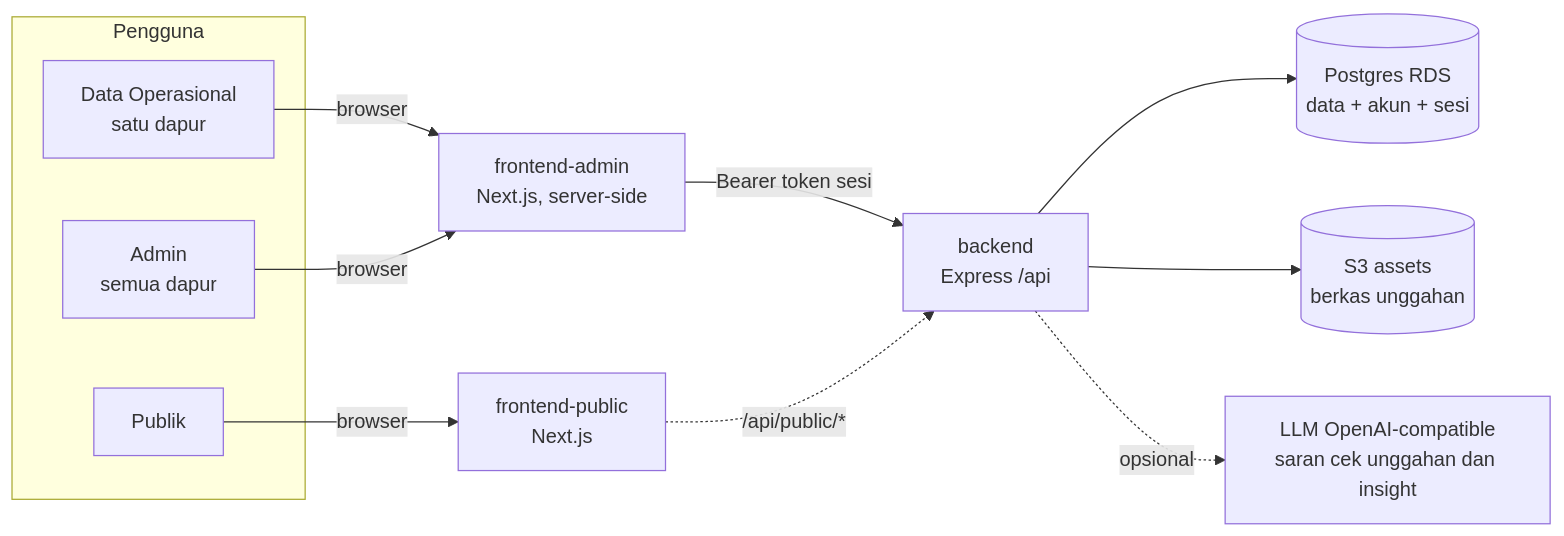
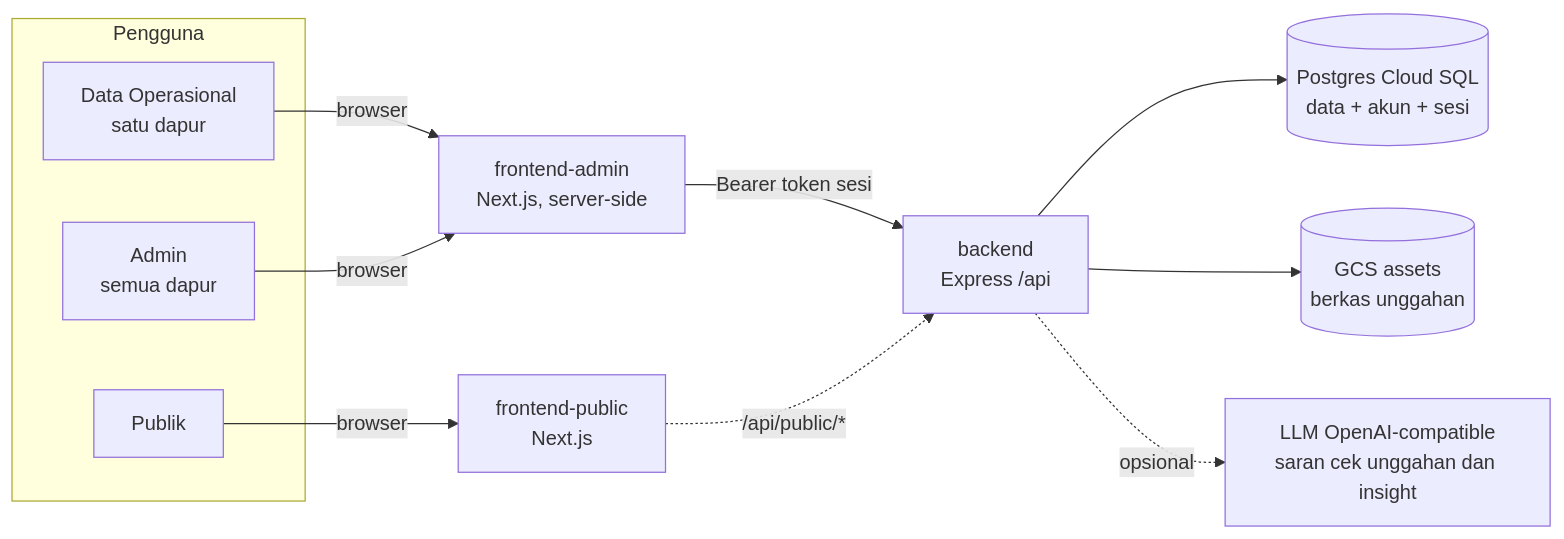
The first of 4 diagrams in README.md (ibrahimpalamarta/SPPG-Dashboard), drawn with Mermaid before and after one commit. The commit also changed other lines of this file and 92 other files, not shown here.

````diff
--- a/README.md
+++ b/README.md
@@ -32,15 +32,15 @@
 ```mermaid
 flowchart LR
   subgraph Pengguna
     DO["Data Operasional<br>satu dapur"]
     AD["Admin<br>semua dapur"]
     PB["Publik"]
   end
   DO & AD -->|"browser"| FA["frontend-admin<br>Next.js, server-side"]
   PB -->|"browser"| FP["frontend-public<br>Next.js"]
   FA -->|"Bearer token sesi"| BE["backend<br>Express /api"]
   FP -.->|"/api/public/*"| BE
-  BE --> PG[("Postgres RDS<br>data + akun + sesi")]
-  BE --> S3[("S3 assets<br>berkas unggahan")]
+  BE --> PG[("Postgres Cloud SQL<br>data + akun + sesi")]
+  BE --> S3[("GCS assets<br>berkas unggahan")]
   BE -.->|"opsional"| AI["LLM OpenAI-compatible<br>saran cek unggahan dan insight"]
 ```
````
